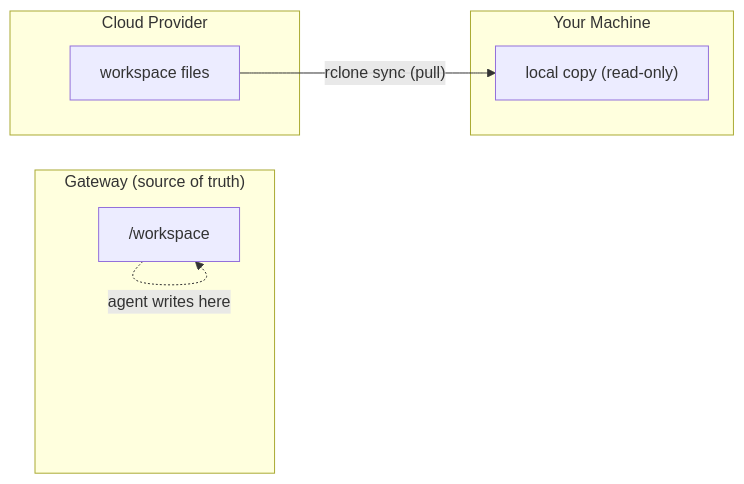
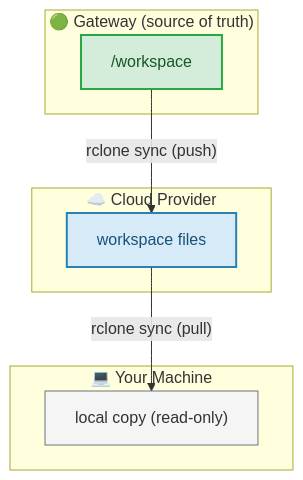
The second of 3 diagrams in README.md (ashbrener/openclaw-workspace-sync), drawn with Mermaid before and after one commit. The commit also changed other lines of this file, not shown here.

Commit message:
style: restyle mermaid diagrams with color hierarchy and TB layout

````diff
--- a/README.md
+++ b/README.md
@@ -89,14 +99,22 @@
 ```mermaid
-flowchart LR
-    subgraph GW["Gateway (source of truth)"]
+flowchart TB
+    subgraph GW["🟢 Gateway (source of truth)"]
         WS["/workspace"]
     end
-    subgraph CLOUD["Cloud Provider"]
+    subgraph CLOUD["☁️ Cloud Provider"]
         CF["workspace files"]
     end
-    subgraph LOCAL["Your Machine"]
+    subgraph LOCAL["💻 Your Machine"]
         LM["local copy (read-only)"]
     end
+    WS -- "rclone sync (push)" --> CF
     CF -- "rclone sync (pull)" --> LM
-    WS -. "agent writes here" .-> WS
+
+    classDef gateway fill:#d4edda,stroke:#28a745,stroke-width:2px,color:#155724
+    classDef cloud fill:#d6eaf8,stroke:#2980b9,stroke-width:2px,color:#1a5276
+    classDef local fill:#f5f5f5,stroke:#6c757d,stroke-width:1px,color:#333
+
+    class WS gateway
+    class CF cloud
+    class LM local
 ```
````
